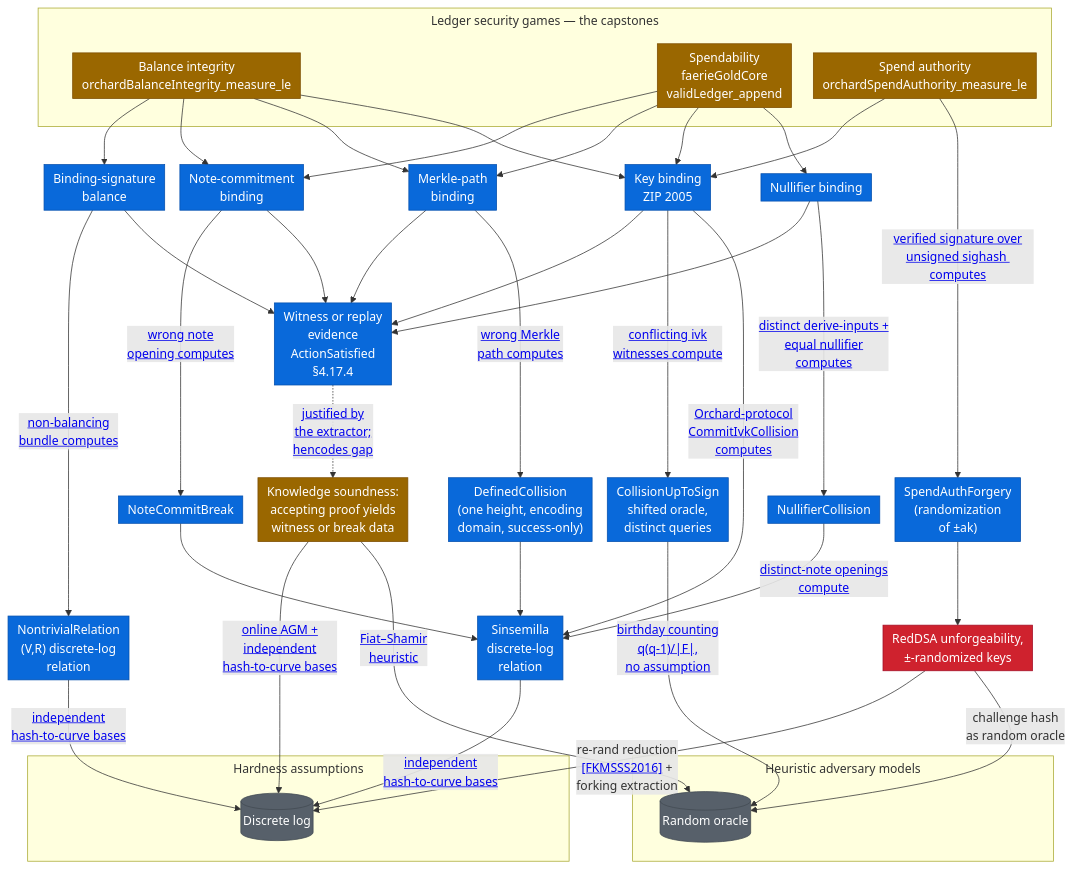
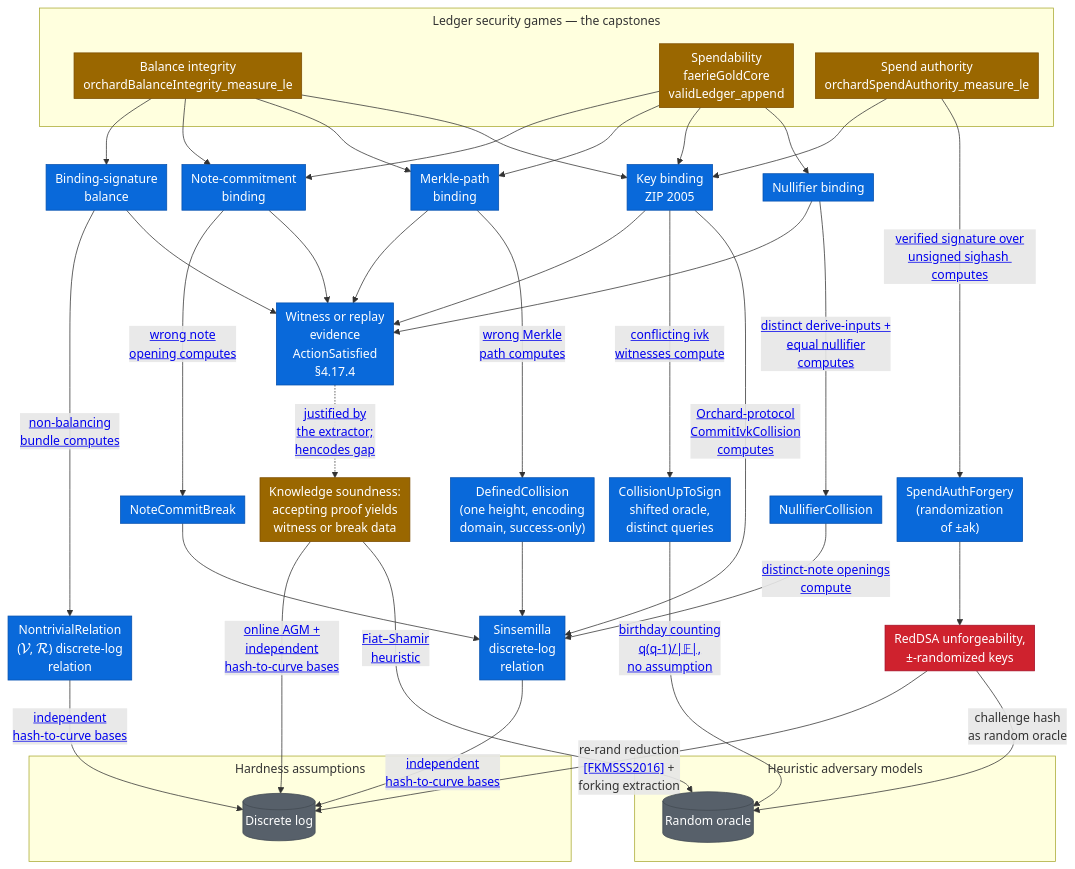
Before and after one commit to daira/ironwood: the diagram in book/src/formal-verification/security-definitions.md, drawn with Mermaid. The commit also changed other lines of this file and 8 other files, not shown here.

```diff
--- a/book/src/formal-verification/security-definitions.md
+++ b/book/src/formal-verification/security-definitions.md
@@ -54,7 +54,7 @@
     ROM[("Random oracle")]
   end
 
-  BS --->|"<a target='_blank' href='https://github.com/zcash/ironwood/blob/main/Zcash/Security/BindingSignature/Balance.lean'>non-balancing<br/>bundle computes</a>"| NDLR["NontrivialRelation<br/>(V,R) discrete-log<br/>relation"]
+  BS --->|"<a target='_blank' href='https://github.com/zcash/ironwood/blob/main/Zcash/Security/BindingSignature/Balance.lean'>non-balancing<br/>bundle computes</a>"| NDLR["NontrivialRelation<br/>(<span class='katex'><span class='mord mathcal'>V</span></span>,&nbsp;<span class='katex'><span class='mord mathcal'>R</span></span>) discrete-log<br/>relation"]
   BS --> STMT["Witness or replay<br/>evidence<br/>ActionSatisfied<br/>§4.17.4"]
   NCB --->|"<a target='_blank' href='https://github.com/zcash/ironwood/blob/main/Zcash/Security/Ledger/Statement.lean'>wrong note<br/>opening computes</a>"| NCBK["NoteCommitBreak"]
   NCB --> STMT
@@ -75,7 +75,7 @@
   KS --->|"<a target='_blank' href='https://github.com/zcash/ironwood/blob/main/Zcash/Circuits/Integration/AdaptiveActionEvent.lean'>online AGM +<br/>independent<br/>hash-to-curve bases</a>"| DL
   KS -->|"<a target='_blank' href='https://github.com/zcash/ironwood/tree/main/Zcash/Snark/Soundness/FiatShamir'>Fiat–Shamir<br/>heuristic</a>"| ROM
   MC --> SDLR
-  CUS --->|"<a target='_blank' href='https://github.com/zcash/ironwood/blob/main/Zcash/Security/Common/Birthday.lean'>birthday counting<br/>q(q-1)/|F|,<br/>no assumption</a>"| ROM
+  CUS --->|"<a target='_blank' href='https://github.com/zcash/ironwood/blob/main/Zcash/Security/Common/Birthday.lean'>birthday counting<br/>q(q-1)/|𝔽|,<br/>no assumption</a>"| ROM
   NFC -->|"<a target='_blank' href='https://github.com/zcash/ironwood/blob/main/Zcash/Security/Ledger/Nullifier.lean'>distinct-note openings<br/>compute</a>"| SDLR
   SAF --> RDSA["RedDSA unforgeability,<br/>±-randomized keys"]
   RDSA -->|"re-rand reduction<br/><a target='_blank' href='https://eprint.iacr.org/2015/395'>[FKMSSS2016]</a> +<br/>forking extraction"| DL
```
